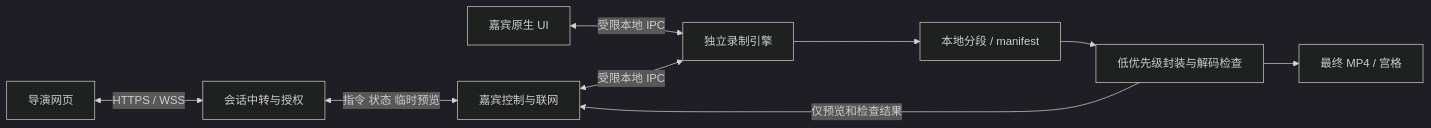
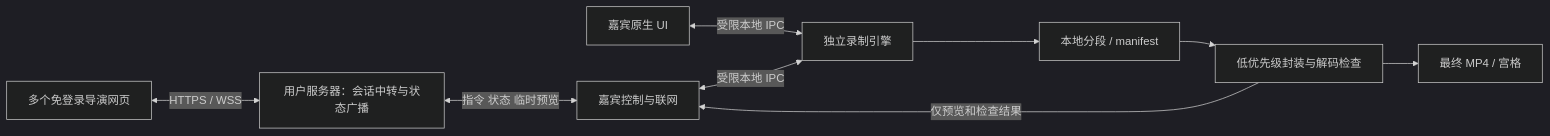
Before and after one commit to billzhuang6569/zsir-interview-assistant: the first of 2 diagrams in docs/development.md, drawn with Mermaid (dark theme). The commit also changed other lines of this file and 7 other files, not shown here.

````diff
--- a/docs/development.md
+++ b/docs/development.md
@@ -7,11 +7,11 @@
 ```mermaid
 flowchart LR
-  D[导演网页] <-->|HTTPS / WSS| S[会话中转与授权]
+  D[多个免登录导演网页] <-->|HTTPS / WSS| S[用户服务器：会话中转与状态广播]
   S <-->|指令 状态 临时预览| C[嘉宾控制与联网]
   U[嘉宾原生 UI] <-->|受限本地 IPC| E[独立录制引擎]
   C <-->|受限本地 IPC| E
   E --> F[本地分段 / manifest]
   F --> P[低优先级封装与解码检查]
   P --> V[最终 MP4 / 宫格]
   P -->|仅预览和检查结果| C
 ```
````
